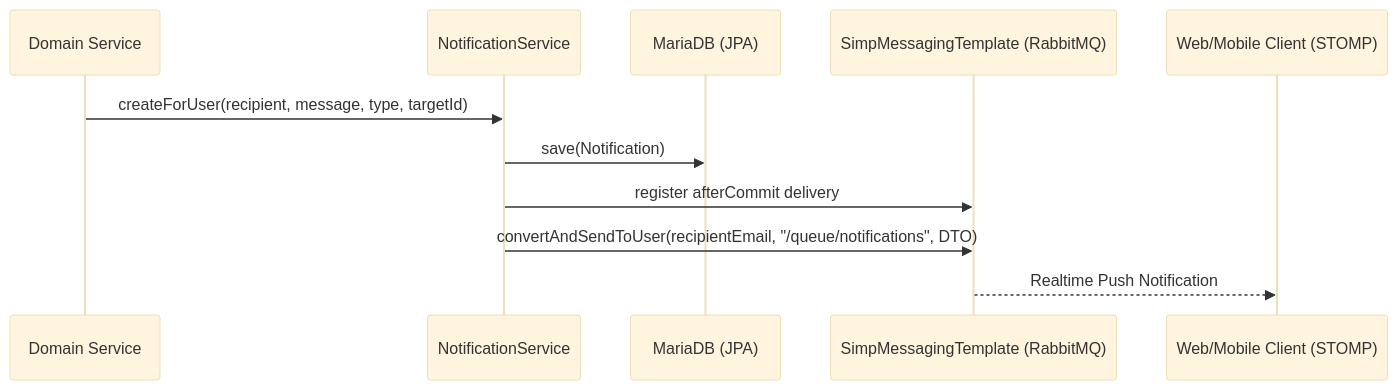
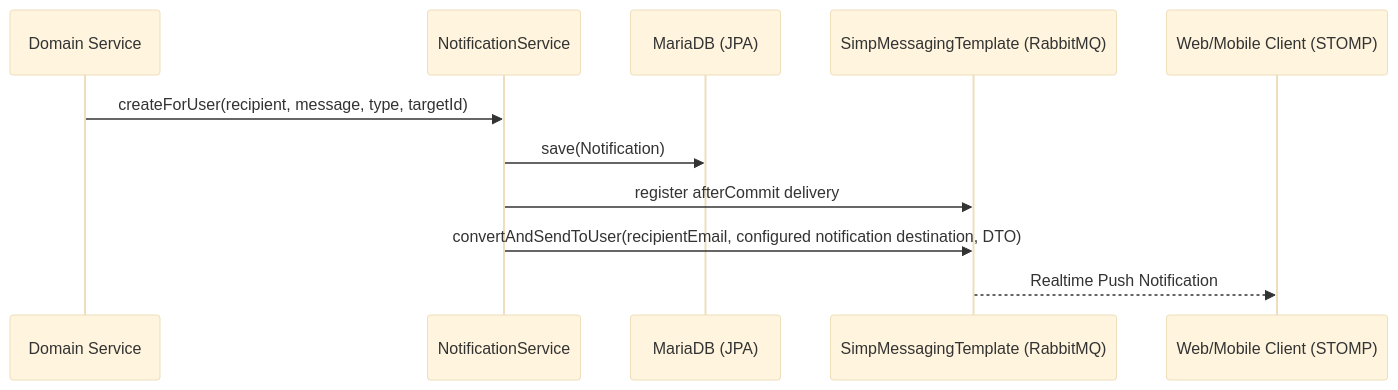
Before and after one commit to ChematWalid/souklab-backend: the diagram in src/main/java/com/project/souklab/service/notification/README.md, drawn with Mermaid (base theme). The commit also changed 164 other files, not shown here.

````diff
--- a/src/main/java/com/project/souklab/service/notification/README.md
+++ b/src/main/java/com/project/souklab/service/notification/README.md
@@ -9,14 +9,14 @@
 ```mermaid
 sequenceDiagram
     participant Domain as Domain Service
     participant NotifService as NotificationService
     participant DB as MariaDB (JPA)
     participant STOMP as SimpMessagingTemplate (RabbitMQ)
     participant Client as Web/Mobile Client (STOMP)
 
     Domain->>NotifService: createForUser(recipient, message, type, targetId)
     NotifService->>DB: save(Notification)
     NotifService->>STOMP: register afterCommit delivery
-    NotifService->>STOMP: convertAndSendToUser(recipientEmail, "/queue/notifications", DTO)
+NotifService->>STOMP: convertAndSendToUser(recipientEmail, configured notification destination, DTO)
     STOMP-->>Client: Realtime Push Notification
 ```
````
